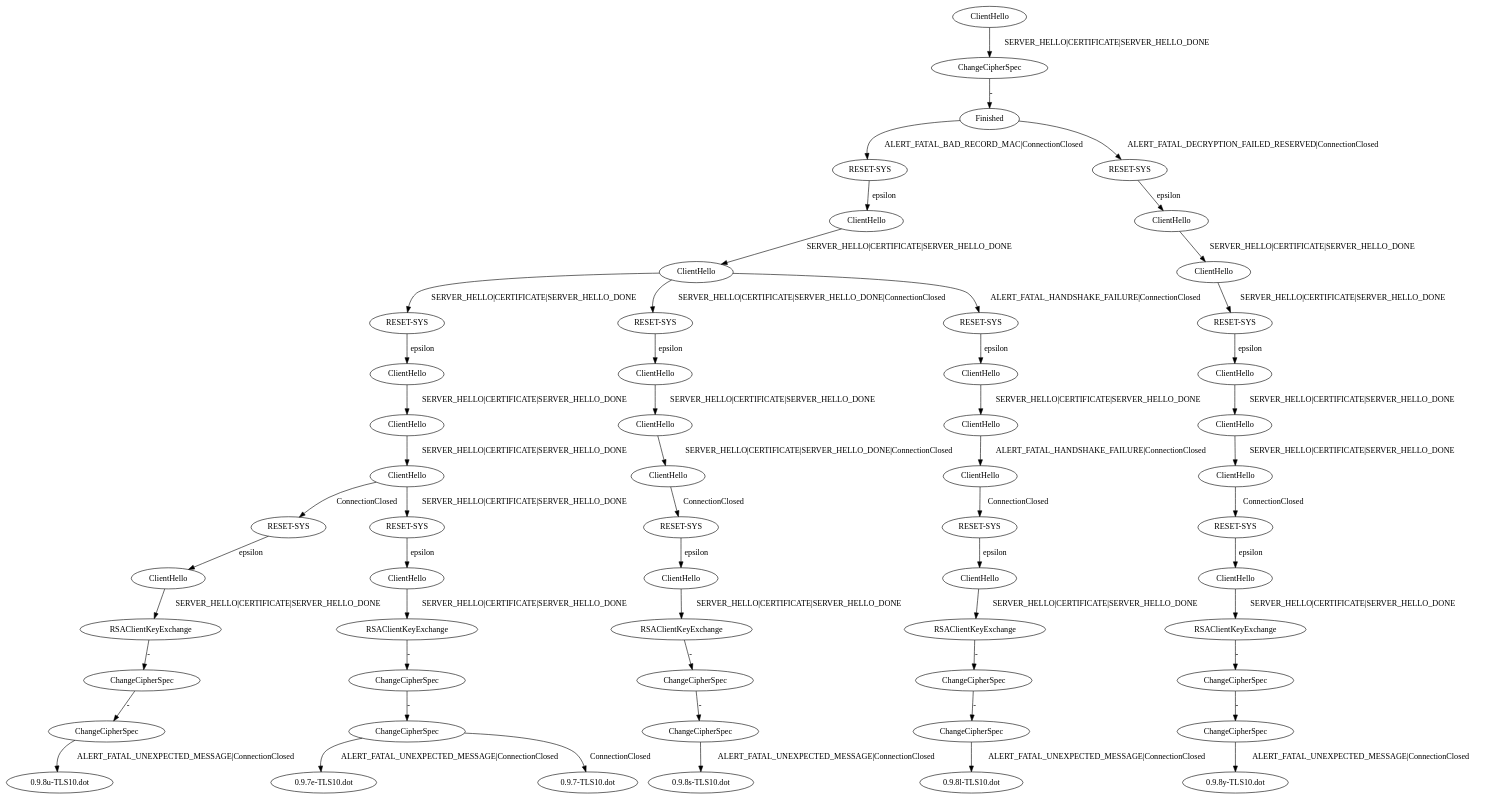
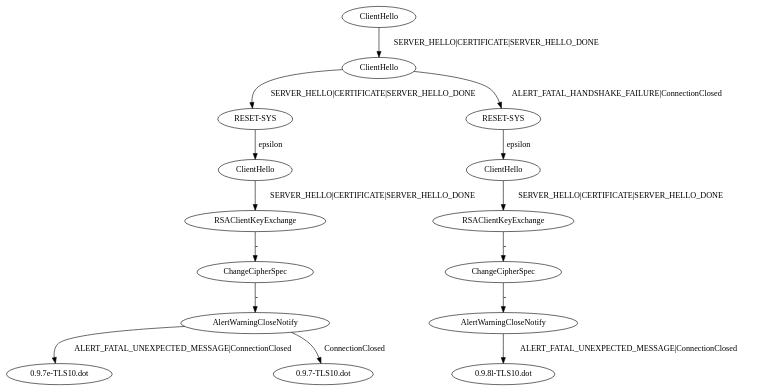
One commit to GianniM123/FFSM_fingerprint changed the diagram in product-fingerprinter/sequence.dot. Above: the diagram before and after it, drawn with Graphviz. The commit also changed 329 other files, not shown here.

```diff
--- a/product-fingerprinter/sequence.dot
+++ b/product-fingerprinter/sequence.dot
@@ -1,169 +1,46 @@
 digraph "" {
 	node [label="\N"];
 	a0	[label=ClientHello];
-	a1	[label=ChangeCipherSpec];
+	a1	[label=ClientHello];
 	a0 -> a1	[key=0,
 		label="SERVER_HELLO|CERTIFICATE|SERVER_HELLO_DONE"];
-	a2	[label=Finished];
+	a2	[label="RESET-SYS"];
 	a1 -> a2	[key=0,
+		label="SERVER_HELLO|CERTIFICATE|SERVER_HELLO_DONE"];
+	a3	[label="RESET-SYS"];
+	a1 -> a3	[key=0,
+		label="ALERT_FATAL_HANDSHAKE_FAILURE|ConnectionClosed"];
+	a5	[label=ClientHello];
+	a2 -> a5	[key=0,
+		label=epsilon];
+	a4	[label=ClientHello];
+	a3 -> a4	[key=0,
+		label=epsilon];
+	a6	[label=RSAClientKeyExchange];
+	a4 -> a6	[key=0,
+		label="SERVER_HELLO|CERTIFICATE|SERVER_HELLO_DONE"];
+	a10	[label=RSAClientKeyExchange];
+	a5 -> a10	[key=0,
+		label="SERVER_HELLO|CERTIFICATE|SERVER_HELLO_DONE"];
+	a7	[label=ChangeCipherSpec];
+	a6 -> a7	[key=0,
 		label="-"];
-	a3	[label="RESET-SYS"];
-	a2 -> a3	[key=0,
-		label="ALERT_FATAL_BAD_RECORD_MAC|ConnectionClosed"];
-	a4	[label="RESET-SYS"];
-	a2 -> a4	[key=0,
-		label="ALERT_FATAL_DECRYPTION_FAILED_RESERVED|ConnectionClosed"];
-	a6	[label=ClientHello];
-	a3 -> a6	[key=0,
-		label=epsilon];
-	a5	[label=ClientHello];
-	a4 -> a5	[key=0,
-		label=epsilon];
-	a7	[label=ClientHello];
-	a5 -> a7	[key=0,
-		label="SERVER_HELLO|CERTIFICATE|SERVER_HELLO_DONE"];
-	a9	[label=ClientHello];
-	a6 -> a9	[key=0,
-		label="SERVER_HELLO|CERTIFICATE|SERVER_HELLO_DONE"];
-	a8	[label="RESET-SYS"];
+	a8	[label=AlertWarningCloseNotify];
 	a7 -> a8	[key=0,
-		label="SERVER_HELLO|CERTIFICATE|SERVER_HELLO_DONE"];
-	a14	[label=ClientHello];
-	a8 -> a14	[key=0,
-		label=epsilon];
-	a10	[label="RESET-SYS"];
-	a9 -> a10	[key=0,
-		label="SERVER_HELLO|CERTIFICATE|SERVER_HELLO_DONE"];
-	a11	[label="RESET-SYS"];
-	a9 -> a11	[key=0,
-		label="SERVER_HELLO|CERTIFICATE|SERVER_HELLO_DONE|ConnectionClosed"];
-	a12	[label="RESET-SYS"];
-	a9 -> a12	[key=0,
-		label="ALERT_FATAL_HANDSHAKE_FAILURE|ConnectionClosed"];
-	a16	[label=ClientHello];
-	a10 -> a16	[key=0,
-		label=epsilon];
-	a15	[label=ClientHello];
-	a11 -> a15	[key=0,
-		label=epsilon];
-	a13	[label=ClientHello];
+		label="-"];
+	a9	[label="0.9.8l-TLS10.dot"];
+	a8 -> a9	[key=0,
+		label="ALERT_FATAL_UNEXPECTED_MESSAGE|ConnectionClosed"];
+	a11	[label=ChangeCipherSpec];
+	a10 -> a11	[key=0,
+		label="-"];
+	a12	[label=AlertWarningCloseNotify];
+	a11 -> a12	[key=0,
+		label="-"];
+	a13	[label="0.9.7e-TLS10.dot"];
 	a12 -> a13	[key=0,
-		label=epsilon];
-	a17	[label=ClientHello];
-	a13 -> a17	[key=0,
-		label="SERVER_HELLO|CERTIFICATE|SERVER_HELLO_DONE"];
-	a20	[label=ClientHello];
-	a14 -> a20	[key=0,
-		label="SERVER_HELLO|CERTIFICATE|SERVER_HELLO_DONE"];
-	a23	[label=ClientHello];
-	a15 -> a23	[key=0,
-		label="SERVER_HELLO|CERTIFICATE|SERVER_HELLO_DONE"];
-	a26	[label=ClientHello];
-	a16 -> a26	[key=0,
-		label="SERVER_HELLO|CERTIFICATE|SERVER_HELLO_DONE"];
-	a18	[label=ClientHello];
-	a17 -> a18	[key=0,
-		label="ALERT_FATAL_HANDSHAKE_FAILURE|ConnectionClosed"];
-	a19	[label="RESET-SYS"];
-	a18 -> a19	[key=0,
-		label=ConnectionClosed];
-	a30	[label=ClientHello];
-	a19 -> a30	[key=0,
-		label=epsilon];
-	a21	[label=ClientHello];
-	a20 -> a21	[key=0,
-		label="SERVER_HELLO|CERTIFICATE|SERVER_HELLO_DONE"];
-	a22	[label="RESET-SYS"];
-	a21 -> a22	[key=0,
-		label=ConnectionClosed];
-	a31	[label=ClientHello];
-	a22 -> a31	[key=0,
-		label=epsilon];
-	a24	[label=ClientHello];
-	a23 -> a24	[key=0,
-		label="SERVER_HELLO|CERTIFICATE|SERVER_HELLO_DONE|ConnectionClosed"];
-	a25	[label="RESET-SYS"];
-	a24 -> a25	[key=0,
-		label=ConnectionClosed];
-	a32	[label=ClientHello];
-	a25 -> a32	[key=0,
-		label=epsilon];
-	a27	[label=ClientHello];
-	a26 -> a27	[key=0,
-		label="SERVER_HELLO|CERTIFICATE|SERVER_HELLO_DONE"];
-	a28	[label="RESET-SYS"];
-	a27 -> a28	[key=0,
-		label=ConnectionClosed];
-	a29	[label="RESET-SYS"];
-	a27 -> a29	[key=0,
-		label="SERVER_HELLO|CERTIFICATE|SERVER_HELLO_DONE"];
-	a33	[label=ClientHello];
-	a28 -> a33	[key=0,
-		label=epsilon];
-	a34	[label=ClientHello];
-	a29 -> a34	[key=0,
-		label=epsilon];
-	a35	[label=RSAClientKeyExchange];
-	a30 -> a35	[key=0,
-		label="SERVER_HELLO|CERTIFICATE|SERVER_HELLO_DONE"];
-	a39	[label=RSAClientKeyExchange];
-	a31 -> a39	[key=0,
-		label="SERVER_HELLO|CERTIFICATE|SERVER_HELLO_DONE"];
-	a43	[label=RSAClientKeyExchange];
-	a32 -> a43	[key=0,
-		label="SERVER_HELLO|CERTIFICATE|SERVER_HELLO_DONE"];
-	a47	[label=RSAClientKeyExchange];
-	a33 -> a47	[key=0,
-		label="SERVER_HELLO|CERTIFICATE|SERVER_HELLO_DONE"];
-	a51	[label=RSAClientKeyExchange];
-	a34 -> a51	[key=0,
-		label="SERVER_HELLO|CERTIFICATE|SERVER_HELLO_DONE"];
-	a36	[label=ChangeCipherSpec];
-	a35 -> a36	[key=0,
-		label="-"];
-	a37	[label=ChangeCipherSpec];
-	a36 -> a37	[key=0,
-		label="-"];
-	a38	[label="0.9.8l-TLS10.dot"];
-	a37 -> a38	[key=0,
 		label="ALERT_FATAL_UNEXPECTED_MESSAGE|ConnectionClosed"];
-	a40	[label=ChangeCipherSpec];
-	a39 -> a40	[key=0,
-		label="-"];
-	a41	[label=ChangeCipherSpec];
-	a40 -> a41	[key=0,
-		label="-"];
-	a42	[label="0.9.8y-TLS10.dot"];
-	a41 -> a42	[key=0,
-		label="ALERT_FATAL_UNEXPECTED_MESSAGE|ConnectionClosed"];
-	a44	[label=ChangeCipherSpec];
-	a43 -> a44	[key=0,
-		label="-"];
-	a45	[label=ChangeCipherSpec];
-	a44 -> a45	[key=0,
-		label="-"];
-	a46	[label="0.9.8s-TLS10.dot"];
-	a45 -> a46	[key=0,
-		label="ALERT_FATAL_UNEXPECTED_MESSAGE|ConnectionClosed"];
-	a48	[label=ChangeCipherSpec];
-	a47 -> a48	[key=0,
-		label="-"];
-	a49	[label=ChangeCipherSpec];
-	a48 -> a49	[key=0,
-		label="-"];
-	a50	[label="0.9.8u-TLS10.dot"];
-	a49 -> a50	[key=0,
-		label="ALERT_FATAL_UNEXPECTED_MESSAGE|ConnectionClosed"];
-	a52	[label=ChangeCipherSpec];
-	a51 -> a52	[key=0,
-		label="-"];
-	a53	[label=ChangeCipherSpec];
-	a52 -> a53	[key=0,
-		label="-"];
-	a54	[label="0.9.7e-TLS10.dot"];
-	a53 -> a54	[key=0,
-		label="ALERT_FATAL_UNEXPECTED_MESSAGE|ConnectionClosed"];
-	a55	[label="0.9.7-TLS10.dot"];
-	a53 -> a55	[key=0,
+	a14	[label="0.9.7-TLS10.dot"];
+	a12 -> a14	[key=0,
 		label=ConnectionClosed];
 }
```
